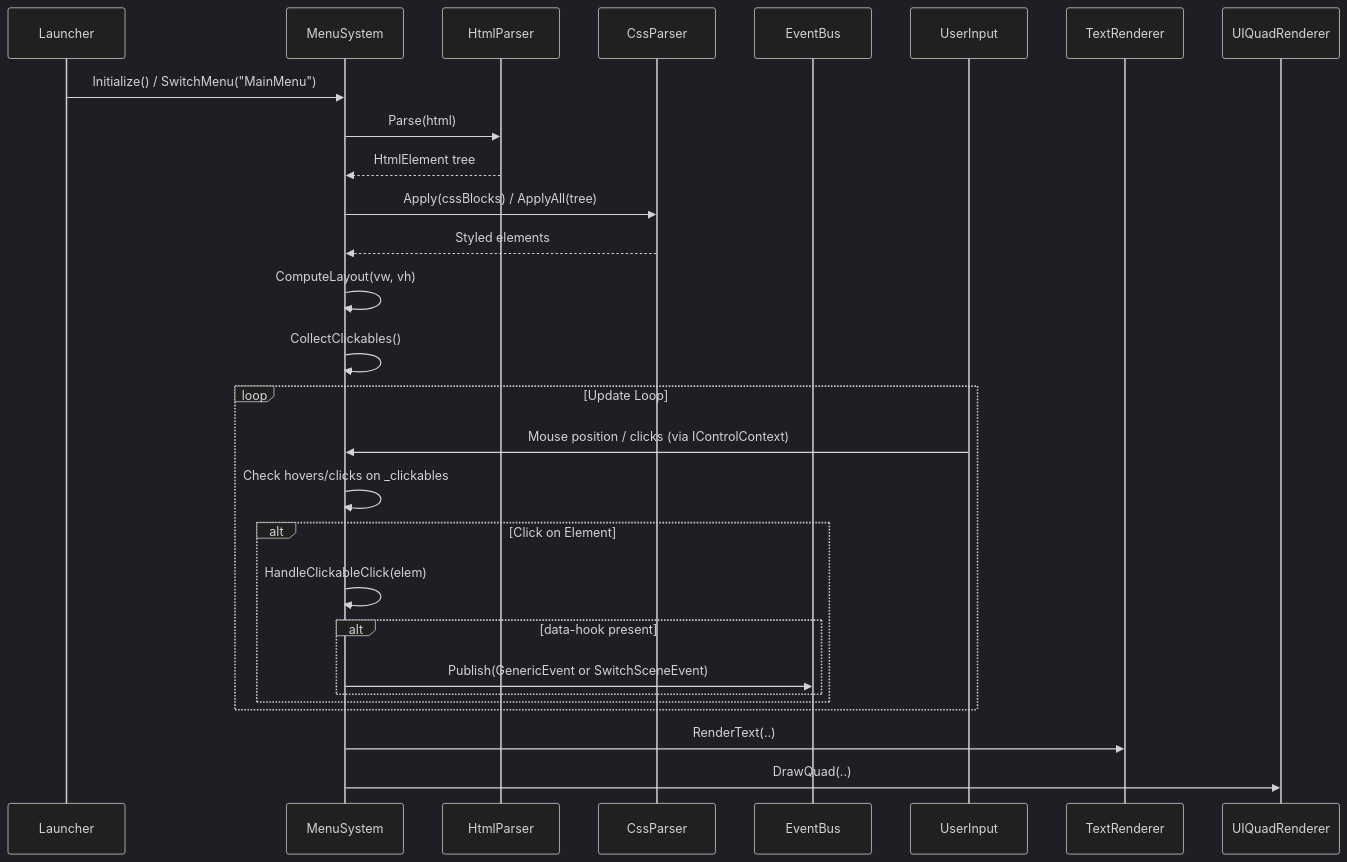
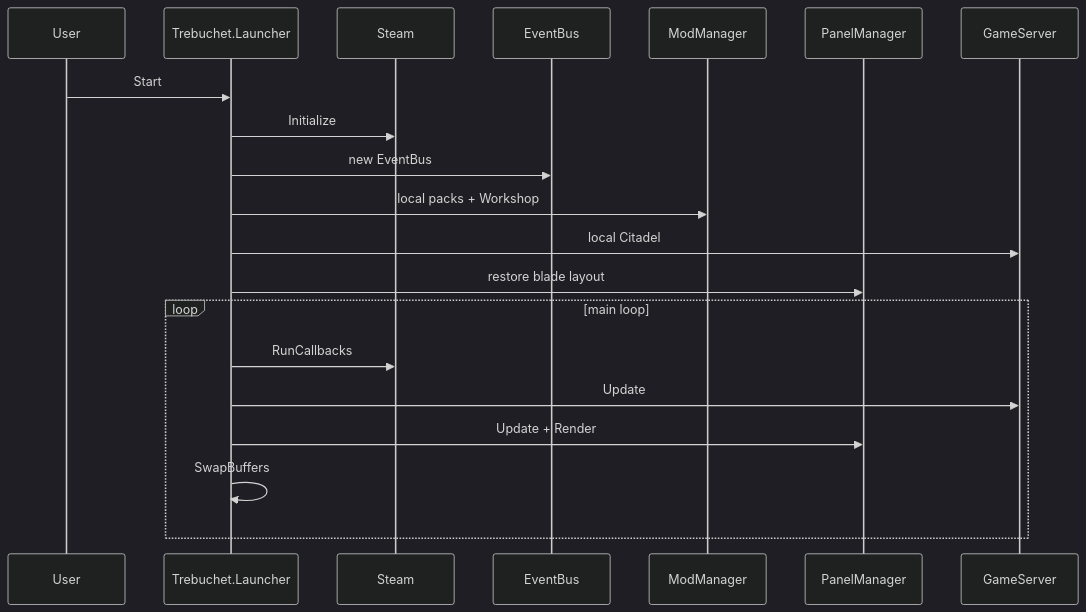
The fourth of 8 diagrams in README.md (ireakhavok/Castle), drawn with Mermaid before and after one commit. The commit also changed other lines of this file and 6 other files, not shown here.

````diff
--- a/README.md
+++ b/README.md
@@ -468,32 +237,24 @@
 ```mermaid
 %%{init: {'theme':'dark'}}%%
 sequenceDiagram
-    participant Launcher
-    participant MenuSystem
-    participant HtmlParser
-    participant CssParser
-    participant EventBus
-    participant UserInput
+  participant User
+  participant L as Trebuchet.Launcher
+  participant Steam
+  participant EB as EventBus
+  participant Mods as ModManager
+  participant IDE as PanelManager
+  participant GS as GameServer
 
-    Launcher->>MenuSystem: Initialize() / SwitchMenu("MainMenu")
-    MenuSystem->>HtmlParser: Parse(html)
-    HtmlParser-->>MenuSystem: HtmlElement tree
-    MenuSystem->>CssParser: Apply(cssBlocks) / ApplyAll(tree)
-    CssParser-->>MenuSystem: Styled elements
-    MenuSystem->>MenuSystem: ComputeLayout(vw, vh)
-    MenuSystem->>MenuSystem: CollectClickables()
-
-    loop Update Loop
-        UserInput->>MenuSystem: Mouse position / clicks (via IControlContext)
-        MenuSystem->>MenuSystem: Check hovers/clicks on _clickables
-        alt Click on Element
-            MenuSystem->>MenuSystem: HandleClickableClick(elem)
-            alt data-hook present
-                MenuSystem->>EventBus: Publish(GenericEvent or SwitchSceneEvent)
-            end
-        end
-    end
-
-    MenuSystem->>TextRenderer: RenderText(..)
-    MenuSystem->>UIQuadRenderer: DrawQuad(..)
+  User->>L: Start
+  L->>Steam: Initialize
+  L->>EB: new EventBus
+  L->>Mods: local packs + Workshop
+  L->>GS: local Citadel
+  L->>IDE: restore blade layout
+  loop main loop
+    L->>Steam: RunCallbacks
+    L->>GS: Update
+    L->>IDE: Update + Render
+    L->>L: SwapBuffers
+  end
 ```
````
